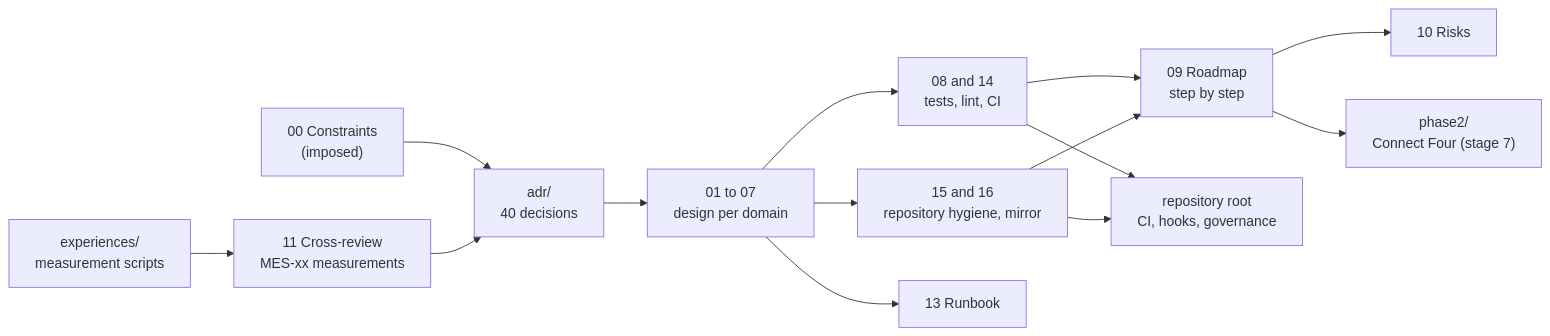
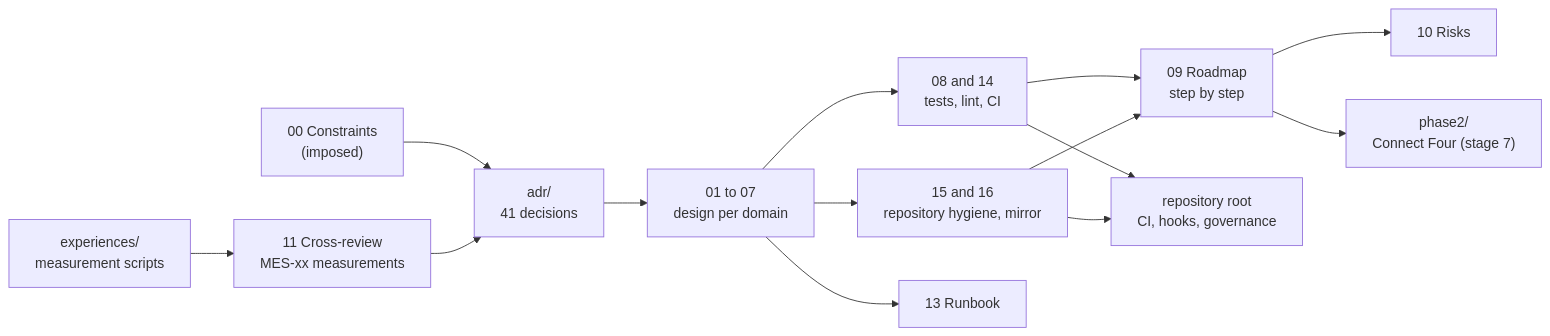
One commit to FoxaxeWasTaken/Robotics changed the diagram in docs/project/README.md. Above: the diagram before and after it, drawn with Mermaid. The commit also changed other lines of this file and 39 other files, not shown here.

````diff
--- a/docs/project/README.md
+++ b/docs/project/README.md
@@ -22,16 +22,16 @@
 ```mermaid
 flowchart LR
-  C["00 Constraints<br/>(imposed)"] --> A["adr/<br/>40 decisions"]
+  C["00 Constraints<br/>(imposed)"] --> A["adr/<br/>41 decisions"]
   X["experiences/<br/>measurement scripts"] --> MS["11 Cross-review<br/>MES-xx measurements"]
   MS --> A
   A --> D["01 to 07<br/>design per domain"]
   D --> Q["08 and 14<br/>tests, lint, CI"]
   D --> H["15 and 16<br/>repository hygiene, mirror"]
   Q --> R["09 Roadmap<br/>step by step"]
   H --> R
   R --> K["10 Risks"]
   Q --> T["repository root<br/>CI, hooks, governance"]
   H --> T
   D --> O["13 Runbook"]
   R --> P2["phase2/<br/>Connect Four (stage 7)"]
 ```
````
